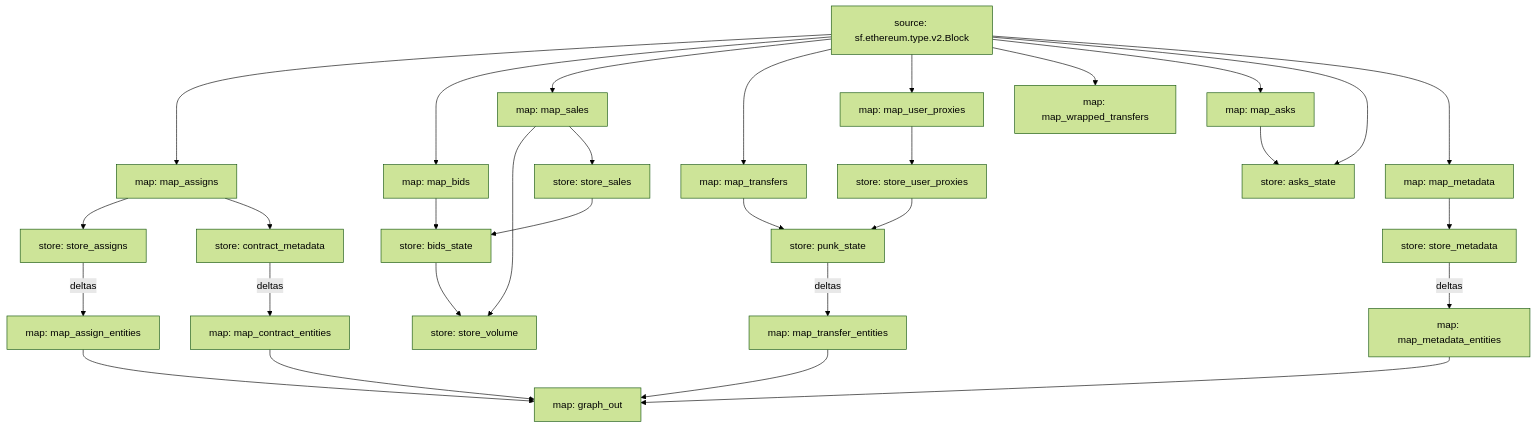
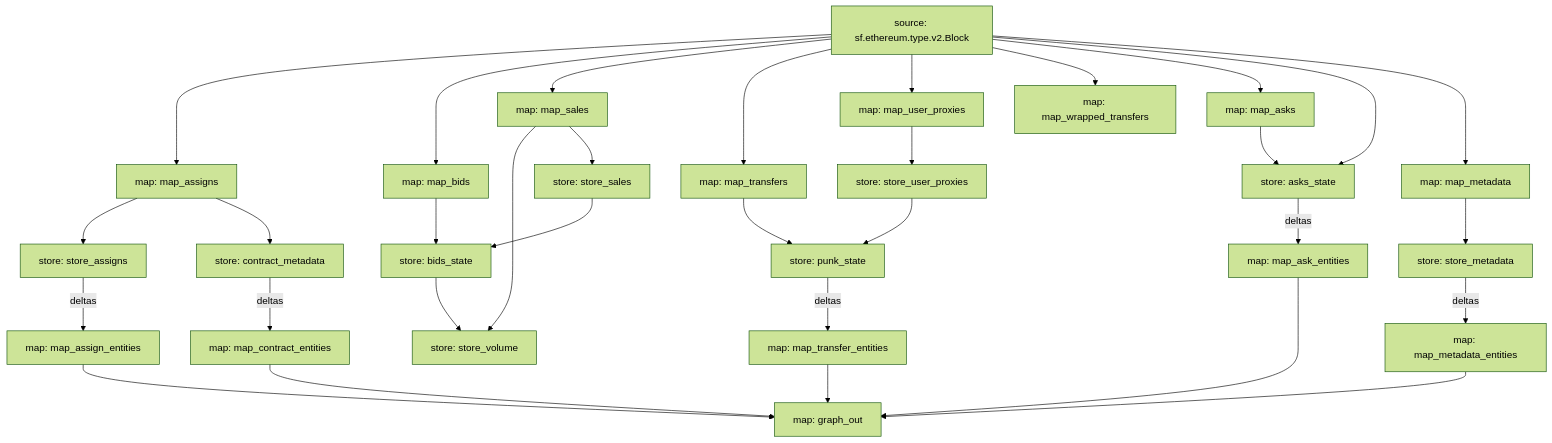
The diagram in README.md (itsjerryokolo/cryptopunks_substreams), drawn with Mermaid (forest theme) before and after one commit.

````diff
--- a/README.md
+++ b/README.md
@@ -3,54 +3,57 @@
 ```mermaid
 graph TD;
   map_assigns[map: map_assigns]
   sf.ethereum.type.v2.Block[source: sf.ethereum.type.v2.Block] --> map_assigns
   store_assigns[store: store_assigns]
   map_assigns --> store_assigns
   map_bids[map: map_bids]
   sf.ethereum.type.v2.Block[source: sf.ethereum.type.v2.Block] --> map_bids
   bids_state[store: bids_state]
   map_bids --> bids_state
   store_sales --> bids_state
   store_volume[store: store_volume]
   map_sales --> store_volume
   bids_state --> store_volume
   store_sales[store: store_sales]
   map_sales --> store_sales
   map_sales[map: map_sales]
   sf.ethereum.type.v2.Block[source: sf.ethereum.type.v2.Block] --> map_sales
   map_transfers[map: map_transfers]
   sf.ethereum.type.v2.Block[source: sf.ethereum.type.v2.Block] --> map_transfers
   punk_state[store: punk_state]
   map_transfers --> punk_state
   store_user_proxies --> punk_state
   map_user_proxies[map: map_user_proxies]
   sf.ethereum.type.v2.Block[source: sf.ethereum.type.v2.Block] --> map_user_proxies
   map_wrapped_transfers[map: map_wrapped_transfers]
   sf.ethereum.type.v2.Block[source: sf.ethereum.type.v2.Block] --> map_wrapped_transfers
   store_user_proxies[store: store_user_proxies]
   map_user_proxies --> store_user_proxies
   map_asks[map: map_asks]
   sf.ethereum.type.v2.Block[source: sf.ethereum.type.v2.Block] --> map_asks
   asks_state[store: asks_state]
   map_asks --> asks_state
   sf.ethereum.type.v2.Block[source: sf.ethereum.type.v2.Block] --> asks_state
   contract_metadata[store: contract_metadata]
   map_assigns --> contract_metadata
   map_metadata[map: map_metadata]
   sf.ethereum.type.v2.Block[source: sf.ethereum.type.v2.Block] --> map_metadata
   store_metadata[store: store_metadata]
   map_metadata --> store_metadata
   map_metadata_entities[map: map_metadata_entities]
   store_metadata -- deltas --> map_metadata_entities
   map_contract_entities[map: map_contract_entities]
   contract_metadata -- deltas --> map_contract_entities
   map_transfer_entities[map: map_transfer_entities]
   punk_state -- deltas --> map_transfer_entities
   map_assign_entities[map: map_assign_entities]
   store_assigns -- deltas --> map_assign_entities
+  map_ask_entities[map: map_ask_entities]
+  asks_state -- deltas --> map_ask_entities
   graph_out[map: graph_out]
   map_metadata_entities --> graph_out
   map_contract_entities --> graph_out
   map_transfer_entities --> graph_out
   map_assign_entities --> graph_out
+  map_ask_entities --> graph_out
 ```
````
